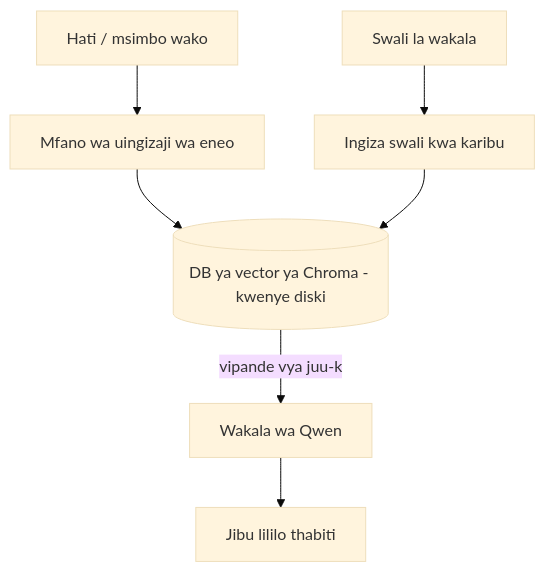
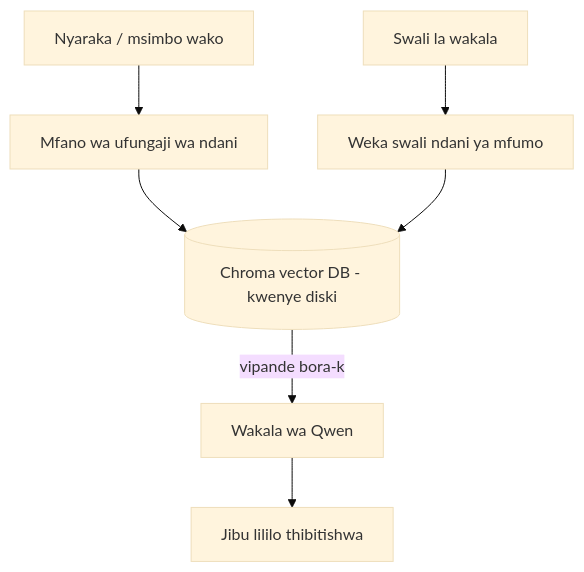
Before and after one commit to gabrielmoreira/agent-skills-mirror: the third of 4 diagrams in mirrors/repos/microsoft@ai-agents-for-beginners/translations/sw/17-creating-local-ai-agents/README.md, drawn with Mermaid (base theme). The commit also changed other lines of this file and 4262 other files, not shown here.

````diff
--- a/mirrors/repos/microsoft@ai-agents-for-beginners/translations/sw/17-creating-local-ai-agents/README.md
+++ b/mirrors/repos/microsoft@ai-agents-for-beginners/translations/sw/17-creating-local-ai-agents/README.md
@@ -125,9 +125,9 @@
 ```mermaid
 flowchart TB
-    D[Hati / msimbo wako] --> E[Mfano wa uingizaji wa eneo]
-    E --> V[(DB ya vector ya Chroma - kwenye diski)]
-    Q[Swali la wakala] --> QE[Ingiza swali kwa karibu]
+    D[Nyaraka / msimbo wako] --> E[Mfano wa ufungaji wa ndani]
+    E --> V[(Chroma vector DB - kwenye diski)]
+    Q[Swali la wakala] --> QE[Weka swali ndani ya mfumo]
     QE --> V
-    V -->|vipande vya juu-k| A[Wakala wa Qwen]
-    A --> Ans[Jibu lililo thabiti]
+    V -->|vipande bora-k| A[Wakala wa Qwen]
+    A --> Ans[Jibu lililo thibitishwa]
 ```
````
